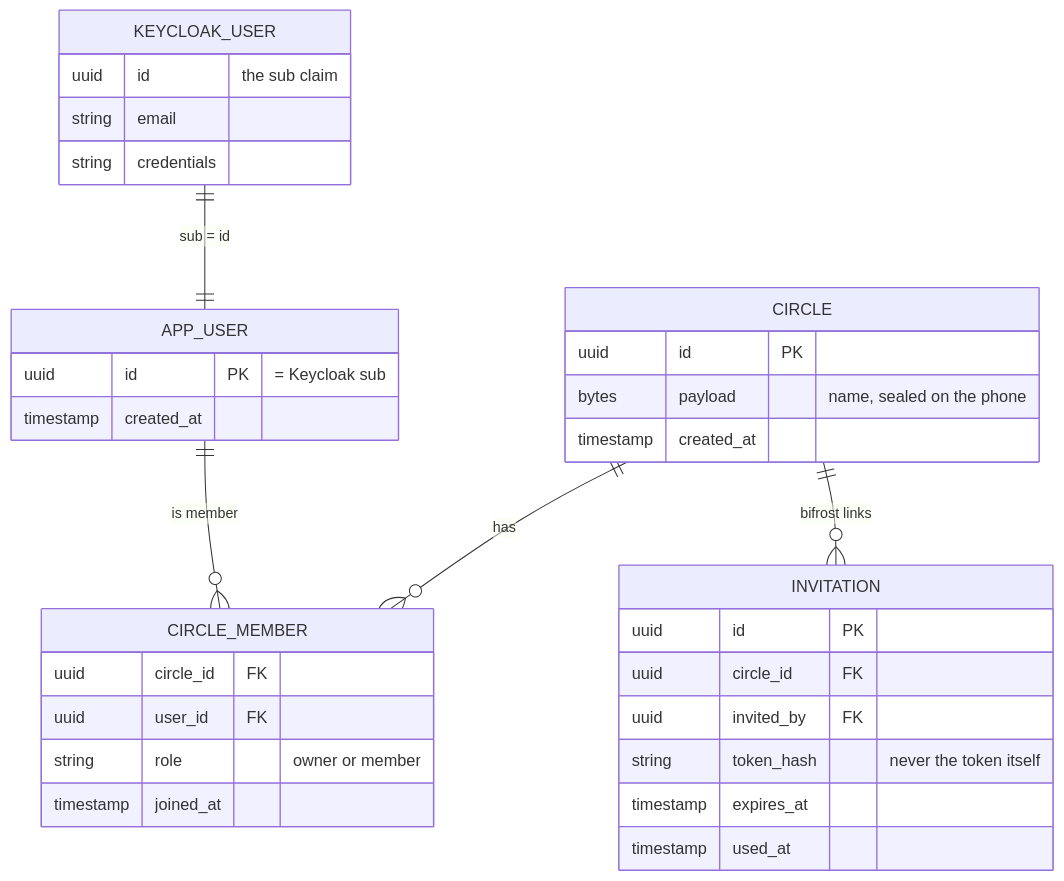
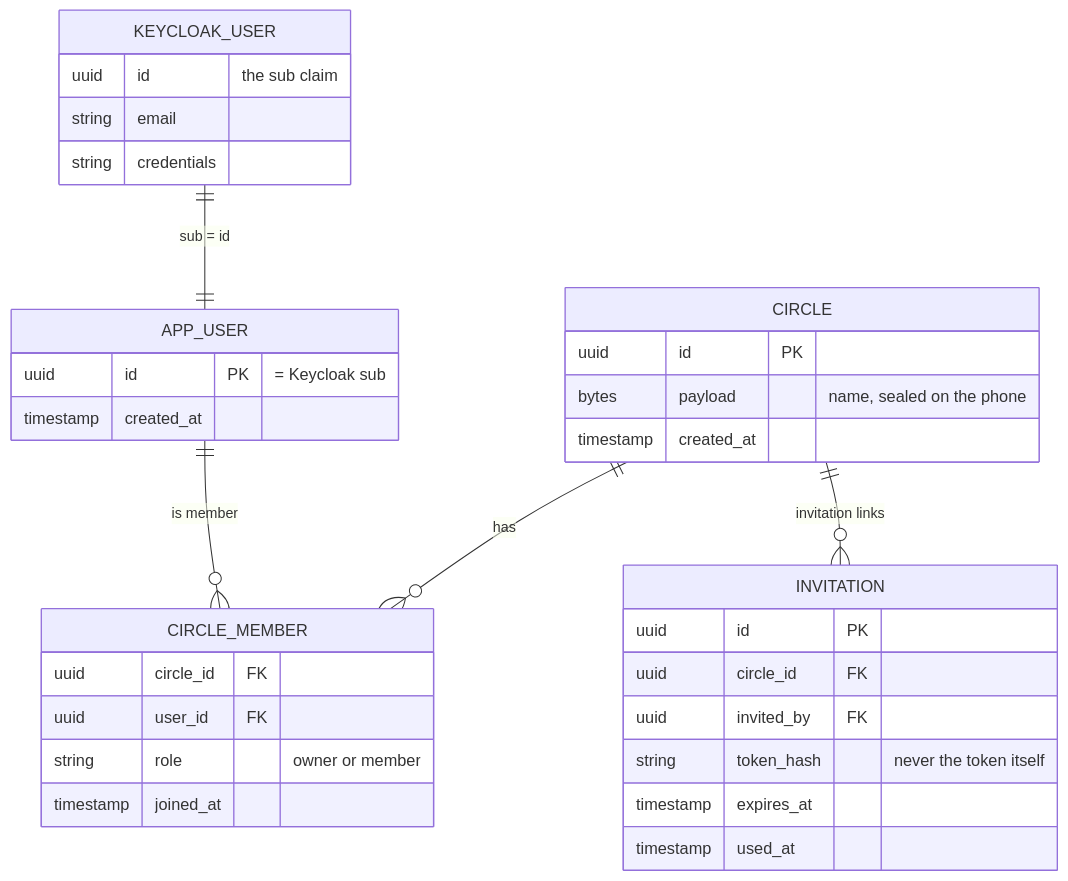
One commit to projectlinden/linden changed the second of 5 diagrams in docs/architecture/auth-flow.md. Above: the diagram before and after it, drawn with Mermaid. The commit also changed other lines of this file and 5 other files, not shown here.

````diff
--- a/docs/architecture/auth-flow.md
+++ b/docs/architecture/auth-flow.md
@@ -55,36 +55,36 @@
 ```mermaid
 erDiagram
     KEYCLOAK_USER ||--|| APP_USER : "sub = id"
     APP_USER ||--o{ CIRCLE_MEMBER : "is member"
     CIRCLE ||--o{ CIRCLE_MEMBER : "has"
-    CIRCLE ||--o{ INVITATION : "bifrost links"
+    CIRCLE ||--o{ INVITATION : "invitation links"
 
     KEYCLOAK_USER {
         uuid id "the sub claim"
         string email
         string credentials
     }
     APP_USER {
         uuid id PK "= Keycloak sub"
         timestamp created_at
     }
     CIRCLE {
         uuid id PK
         bytes payload "name, sealed on the phone"
         timestamp created_at
     }
     CIRCLE_MEMBER {
         uuid circle_id FK
         uuid user_id FK
         string role "owner or member"
         timestamp joined_at
     }
     INVITATION {
         uuid id PK
         uuid circle_id FK
         uuid invited_by FK
         string token_hash "never the token itself"
         timestamp expires_at
         timestamp used_at
     }
 ```
````
